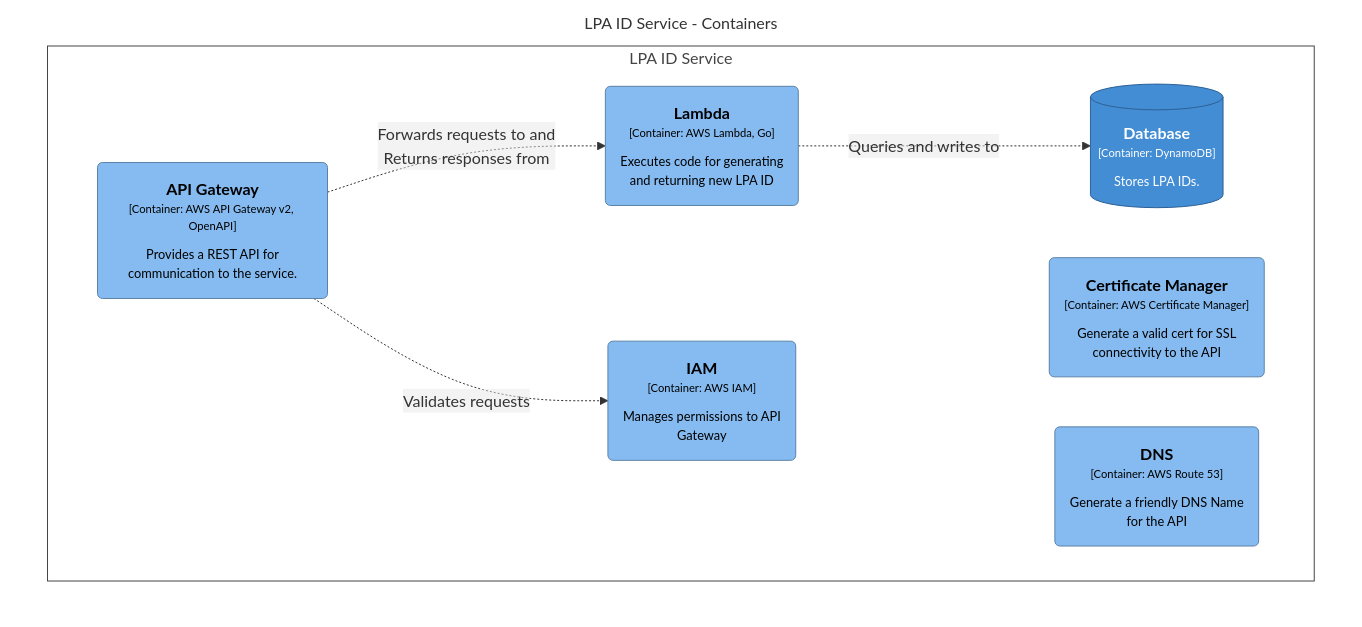
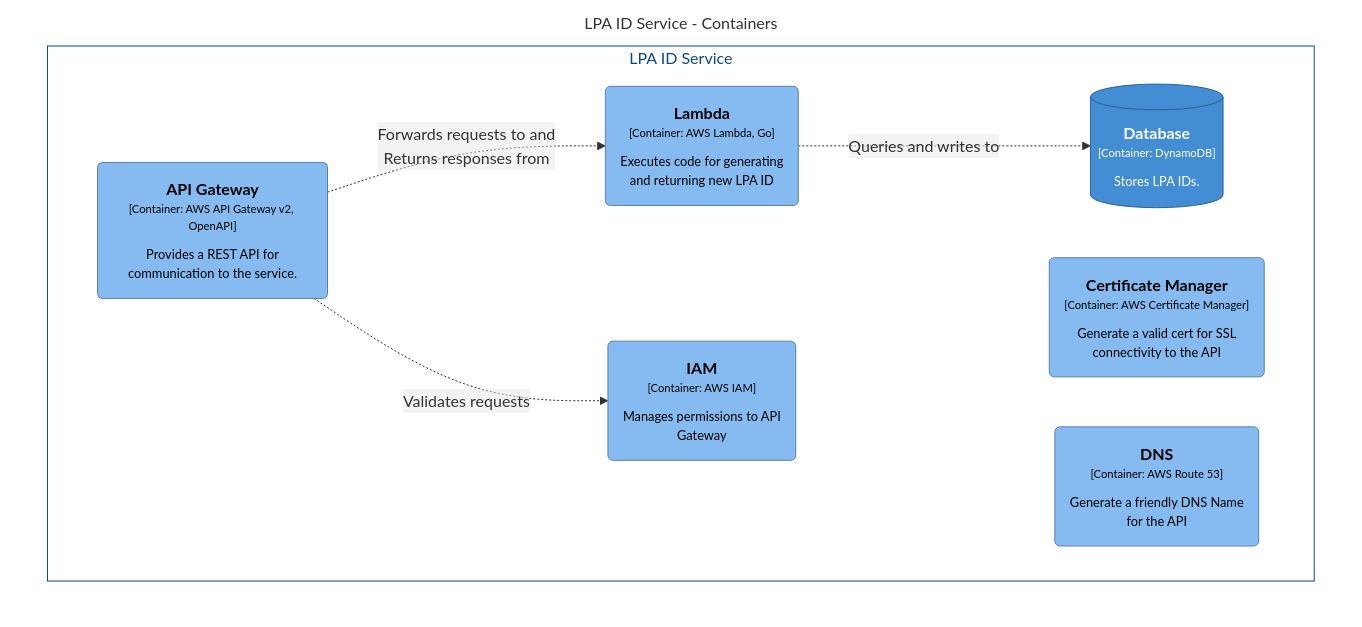
Before and after one commit to ministryofjustice/opg-technical-guidance: the diagram in dsl/poas/structurizr-lpaIDServiceContainers.mmd, drawn with Mermaid. The commit also changed 2 other files, not shown here.

```diff
--- a/dsl/poas/structurizr-lpaIDServiceContainers.mmd
+++ b/dsl/poas/structurizr-lpaIDServiceContainers.mmd
@@ -1,27 +1,27 @@
 graph TB
   linkStyle default fill:#ffffff
 
   subgraph diagram [LPA ID Service - Containers]
     style diagram fill:#ffffff,stroke:#ffffff
 
     subgraph 1 [LPA ID Service]
-      style 1 fill:#ffffff,stroke:#444444,color:#444444
+      style 1 fill:#ffffff,stroke:#0b4884,color:#0b4884
 
       2[("<div style='font-weight: bold'>Database</div><div style='font-size: 70%; margin-top: 0px'>[Container: DynamoDB]</div><div style='font-size: 80%; margin-top:10px'>Stores LPA IDs.</div>")]
       style 2 fill:#438dd5,stroke:#2e6295,color:#ffffff
       3("<div style='font-weight: bold'>Lambda</div><div style='font-size: 70%; margin-top: 0px'>[Container: AWS Lambda, Go]</div><div style='font-size: 80%; margin-top:10px'>Executes code for generating<br />and returning new LPA ID</div>")
       style 3 fill:#85bbf0,stroke:#5d82a8,color:#000000
       5("<div style='font-weight: bold'>IAM</div><div style='font-size: 70%; margin-top: 0px'>[Container: AWS IAM]</div><div style='font-size: 80%; margin-top:10px'>Manages permissions to API<br />Gateway</div>")
       style 5 fill:#85bbf0,stroke:#5d82a8,color:#000000
       6("<div style='font-weight: bold'>Certificate Manager</div><div style='font-size: 70%; margin-top: 0px'>[Container: AWS Certificate Manager]</div><div style='font-size: 80%; margin-top:10px'>Generate a valid cert for SSL<br />connectivity to the API</div>")
       style 6 fill:#85bbf0,stroke:#5d82a8,color:#000000
       7("<div style='font-weight: bold'>DNS</div><div style='font-size: 70%; margin-top: 0px'>[Container: AWS Route 53]</div><div style='font-size: 80%; margin-top:10px'>Generate a friendly DNS Name<br />for the API</div>")
       style 7 fill:#85bbf0,stroke:#5d82a8,color:#000000
       8("<div style='font-weight: bold'>API Gateway</div><div style='font-size: 70%; margin-top: 0px'>[Container: AWS API Gateway v2, OpenAPI]</div><div style='font-size: 80%; margin-top:10px'>Provides a REST API for<br />communication to the service.</div>")
       style 8 fill:#85bbf0,stroke:#5d82a8,color:#000000
     end
 
     8-. "<div>Validates requests</div><div style='font-size: 70%'></div>" .->5
     3-. "<div>Queries and writes to</div><div style='font-size: 70%'></div>" .->2
     8-. "<div>Forwards requests to and<br />Returns responses from</div><div style='font-size: 70%'></div>" .->3
   end
```
